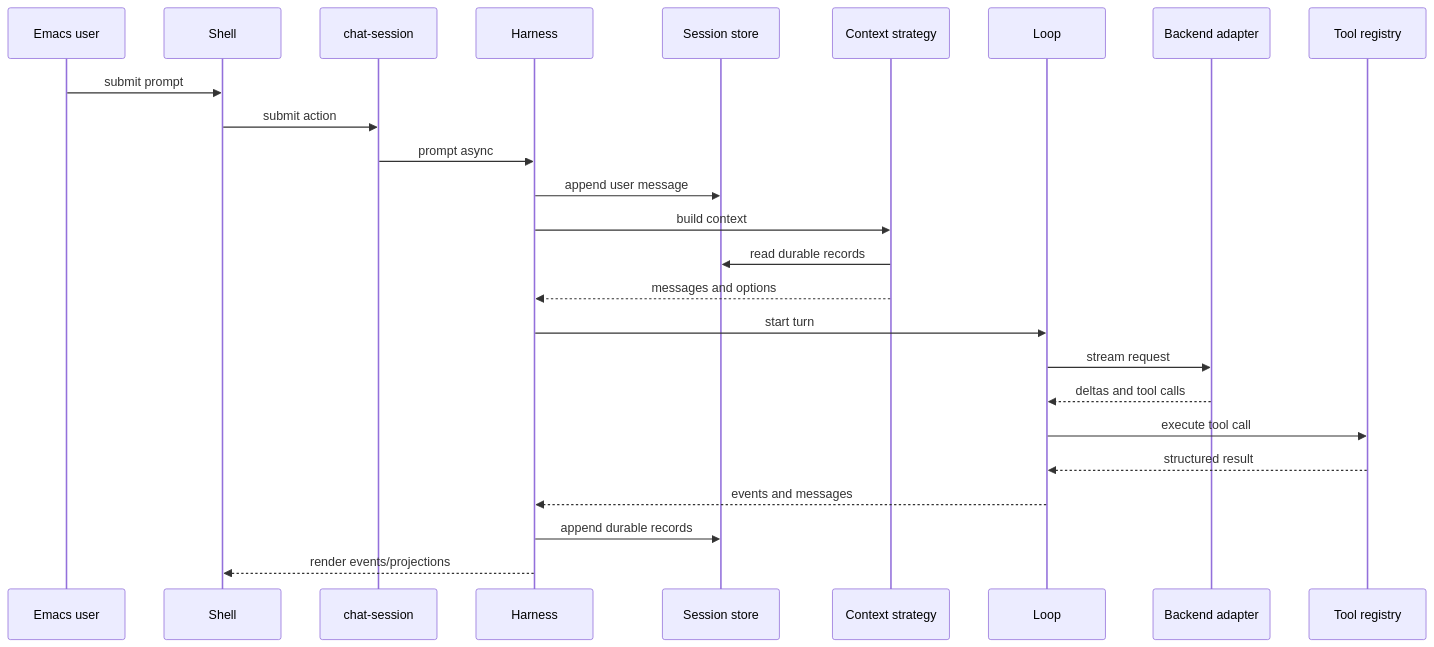
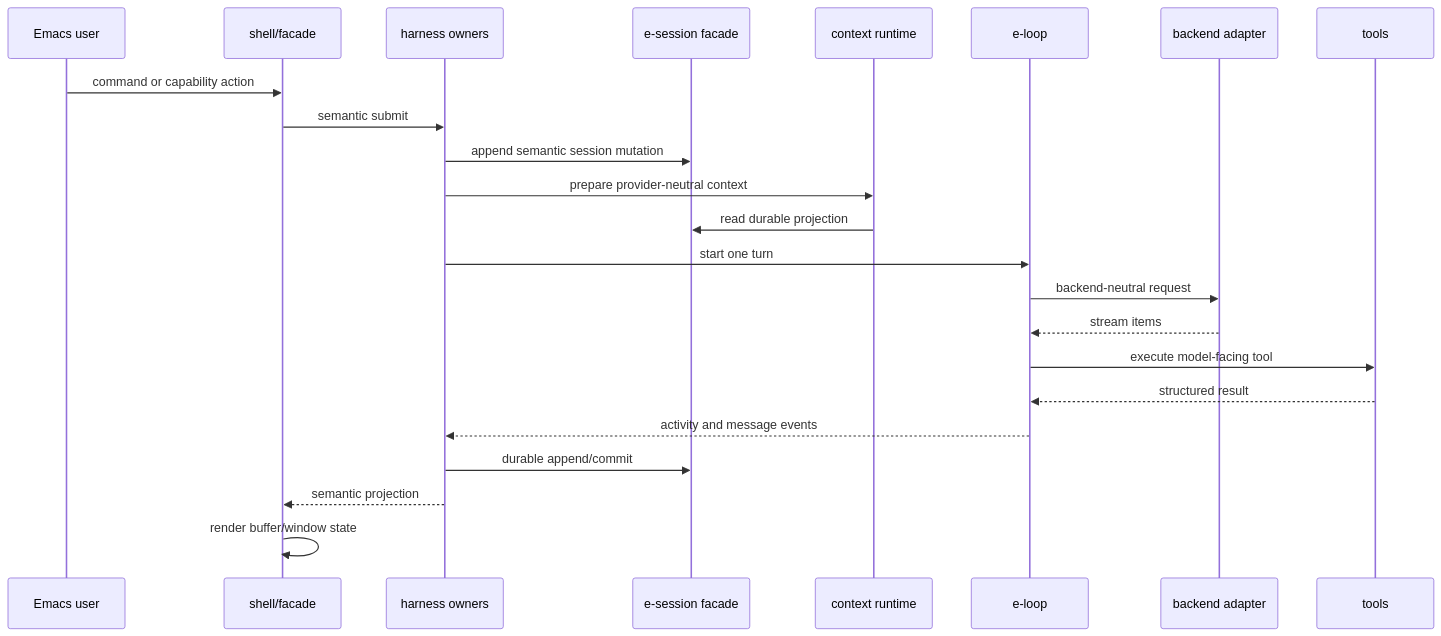
One commit to alendit/e changed the second of 2 diagrams in docs/architecture.md. Above: the diagram before and after it, drawn with Mermaid. The commit also changed other lines of this file and 69 other files, not shown here.

````diff
--- a/docs/architecture.md
+++ b/docs/architecture.md
@@ -560,28 +308,25 @@
 ```mermaid
 sequenceDiagram
-    participant User as Emacs user
-    participant Chat as Shell
-    participant Cap as chat-session
-    participant H as Harness
-    participant S as Session store
-    participant C as Context strategy
-    participant L as Loop
-    participant B as Backend adapter
-    participant T as Tool registry
-
-    User->>Chat: submit prompt
-    Chat->>Cap: submit action
-    Cap->>H: prompt async
-    H->>S: append user message
-    H->>C: build context
-    C->>S: read durable records
-    C-->>H: messages and options
-    H->>L: start turn
-    L->>B: stream request
-    B-->>L: deltas and tool calls
-    L->>T: execute tool call
+    participant U as Emacs user
+    participant P as shell/facade
+    participant H as harness owners
+    participant S as e-session facade
+    participant C as context runtime
+    participant L as e-loop
+    participant B as backend adapter
+    participant T as tools
+    U->>P: command or capability action
+    P->>H: semantic submit
+    H->>S: append semantic session mutation
+    H->>C: prepare provider-neutral context
+    C->>S: read durable projection
+    H->>L: start one turn
+    L->>B: backend-neutral request
+    B-->>L: stream items
+    L->>T: execute model-facing tool
     T-->>L: structured result
-    L-->>H: events and messages
-    H->>S: append durable records
-    H-->>Chat: render events/projections
+    L-->>H: activity and message events
+    H->>S: durable append/commit
+    H-->>P: semantic projection
+    P->>P: render buffer/window state
 ```
````
